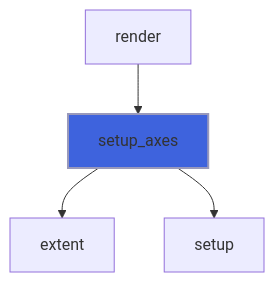
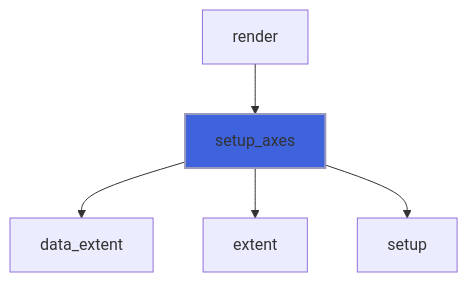
Before and after one commit to szaghi/foresight: the tenth of 15 diagrams in docs/api/src/lib/foresight_axes.md, drawn with Mermaid. The commit also changed other lines of this file and 97 other files, not shown here.

````diff
--- a/docs/api/src/lib/foresight_axes.md
+++ b/docs/api/src/lib/foresight_axes.md
@@ -328,7 +420,8 @@
 ```mermaid
 flowchart TD
   render["render"] --> setup_axes["setup_axes"]
+  setup_axes["setup_axes"] --> data_extent["data_extent"]
   setup_axes["setup_axes"] --> extent["extent"]
   setup_axes["setup_axes"] --> setup["setup"]
   style setup_axes fill:#3e63dd,stroke:#99b,stroke-width:2px
 ```
````
